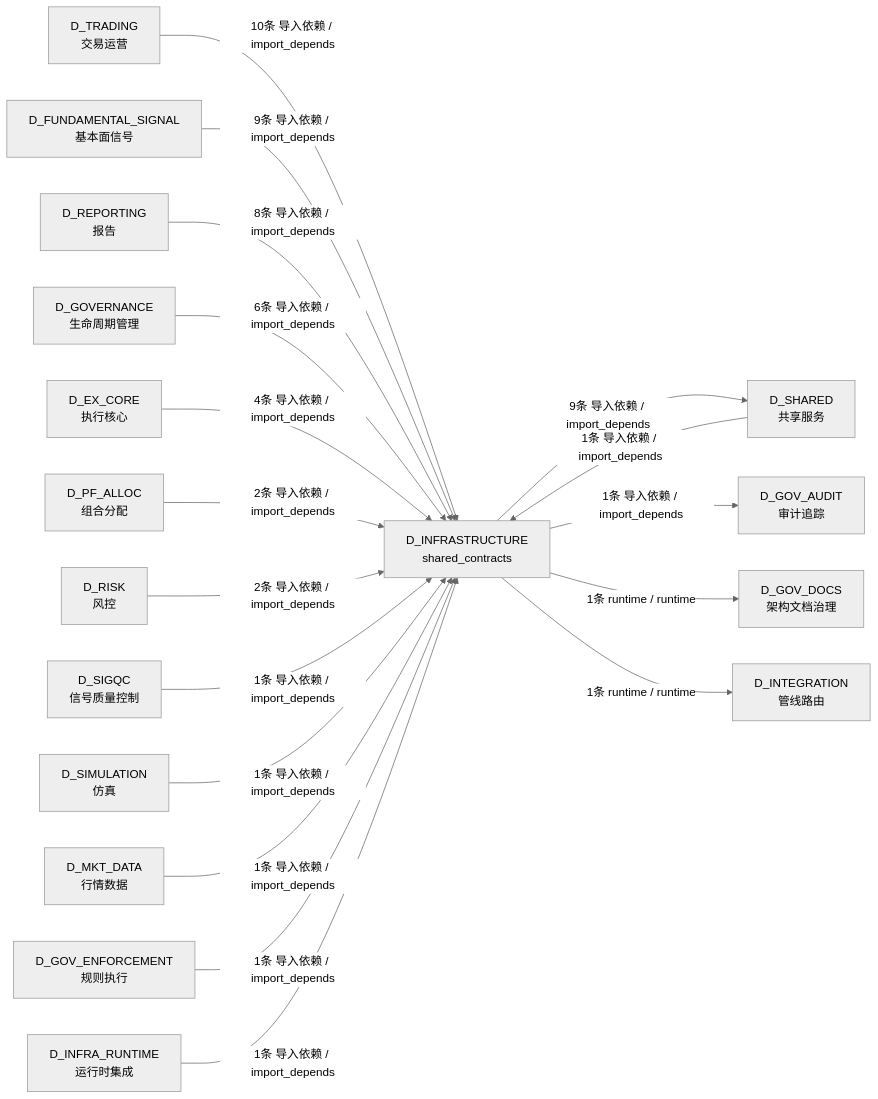
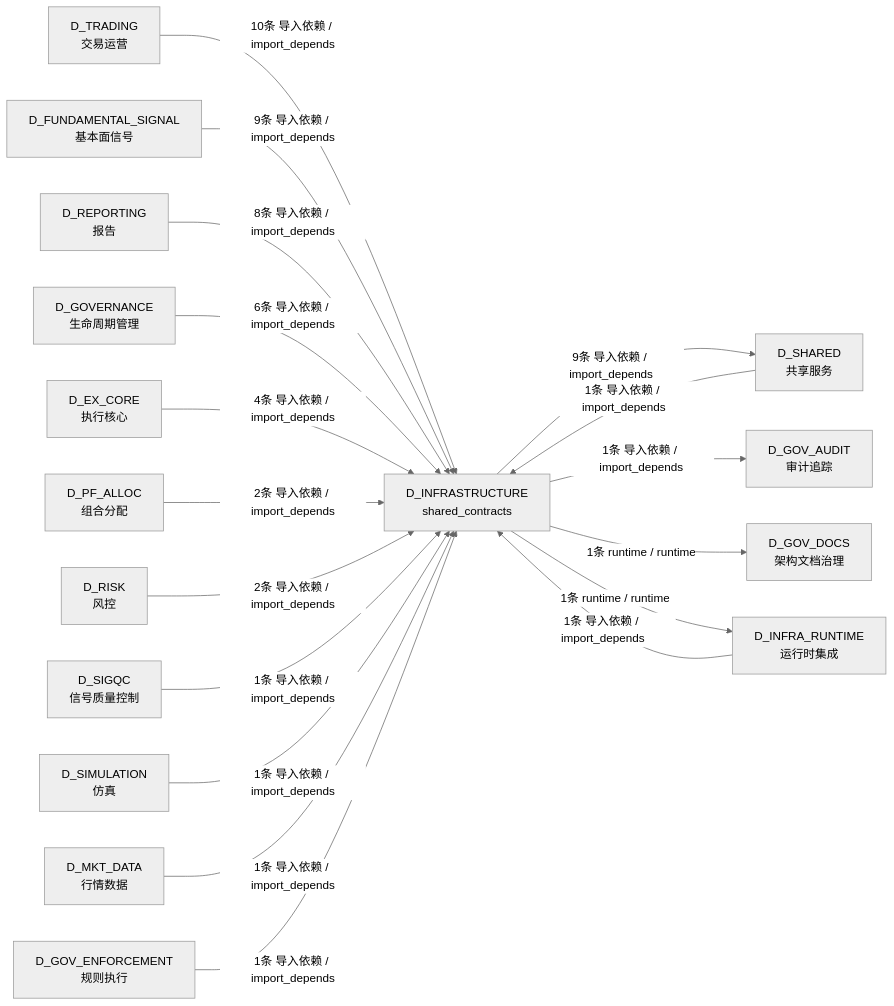
Before and after one commit to xuanFelixVan/ZephyrAlpha: the fourth of 4 diagrams in docs/02_enterprise_architecture/02_domain_architecture_docs/62_d_infrastructure.md, drawn with Mermaid (neutral theme). The commit also changed other lines of this file and 100 other files, not shown here.

````diff
--- a/docs/02_enterprise_architecture/02_domain_architecture_docs/62_d_infrastructure.md
+++ b/docs/02_enterprise_architecture/02_domain_architecture_docs/62_d_infrastructure.md
@@ -366,37 +367,36 @@
 ```mermaid
 graph LR
     D_INFRASTRUCTURE["D_INFRASTRUCTURE<br/>shared_contracts"]
     D_SHARED["D_SHARED<br/>共享服务"]
     D_GOV_AUDIT["D_GOV_AUDIT<br/>审计追踪"]
     D_GOV_DOCS["D_GOV_DOCS<br/>架构文档治理"]
-    D_INTEGRATION["D_INTEGRATION<br/>管线路由"]
+    D_INFRA_RUNTIME["D_INFRA_RUNTIME<br/>运行时集成"]
     D_TRADING["D_TRADING<br/>交易运营"]
     D_FUNDAMENTAL_SIGNAL["D_FUNDAMENTAL_SIGNAL<br/>基本面信号"]
     D_REPORTING["D_REPORTING<br/>报告"]
     D_GOVERNANCE["D_GOVERNANCE<br/>生命周期管理"]
     D_EX_CORE["D_EX_CORE<br/>执行核心"]
     D_PF_ALLOC["D_PF_ALLOC<br/>组合分配"]
     D_RISK["D_RISK<br/>风控"]
     D_SIGQC["D_SIGQC<br/>信号质量控制"]
     D_SIMULATION["D_SIMULATION<br/>仿真"]
     D_MKT_DATA["D_MKT_DATA<br/>行情数据"]
     D_GOV_ENFORCEMENT["D_GOV_ENFORCEMENT<br/>规则执行"]
-    D_INFRA_RUNTIME["D_INFRA_RUNTIME<br/>运行时集成"]
     D_INFRASTRUCTURE -->|9条 导入依赖 / import_depends| D_SHARED
     D_INFRASTRUCTURE -->|1条 导入依赖 / import_depends| D_GOV_AUDIT
     D_INFRASTRUCTURE -->|1条 runtime / runtime| D_GOV_DOCS
-    D_INFRASTRUCTURE -->|1条 runtime / runtime| D_INTEGRATION
+    D_INFRASTRUCTURE -->|1条 runtime / runtime| D_INFRA_RUNTIME
     D_TRADING -->|10条 导入依赖 / import_depends| D_INFRASTRUCTURE
     D_FUNDAMENTAL_SIGNAL -->|9条 导入依赖 / import_depends| D_INFRASTRUCTURE
     D_REPORTING -->|8条 导入依赖 / import_depends| D_INFRASTRUCTURE
     D_GOVERNANCE -->|6条 导入依赖 / import_depends| D_INFRASTRUCTURE
     D_EX_CORE -->|4条 导入依赖 / import_depends| D_INFRASTRUCTURE
     D_PF_ALLOC -->|2条 导入依赖 / import_depends| D_INFRASTRUCTURE
     D_RISK -->|2条 导入依赖 / import_depends| D_INFRASTRUCTURE
     D_SHARED -->|1条 导入依赖 / import_depends| D_INFRASTRUCTURE
     D_SIGQC -->|1条 导入依赖 / import_depends| D_INFRASTRUCTURE
     D_SIMULATION -->|1条 导入依赖 / import_depends| D_INFRASTRUCTURE
     D_MKT_DATA -->|1条 导入依赖 / import_depends| D_INFRASTRUCTURE
     D_GOV_ENFORCEMENT -->|1条 导入依赖 / import_depends| D_INFRASTRUCTURE
     D_INFRA_RUNTIME -->|1条 导入依赖 / import_depends| D_INFRASTRUCTURE
 ```
````
